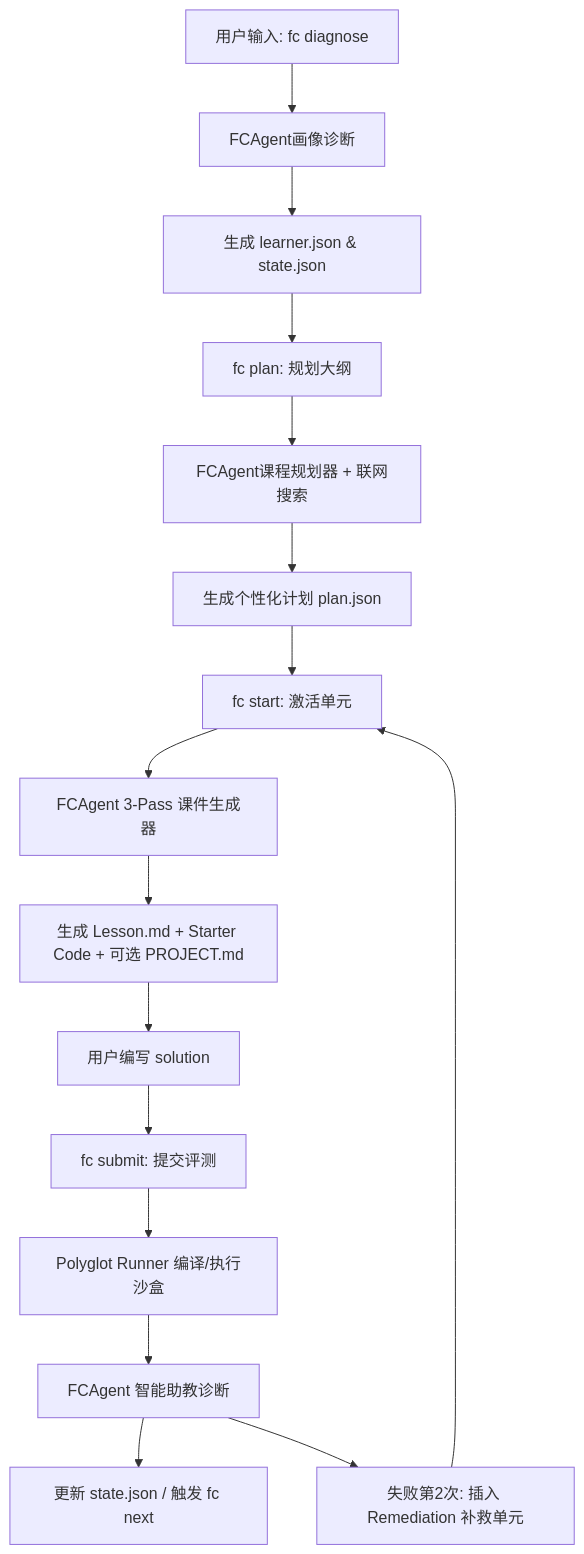
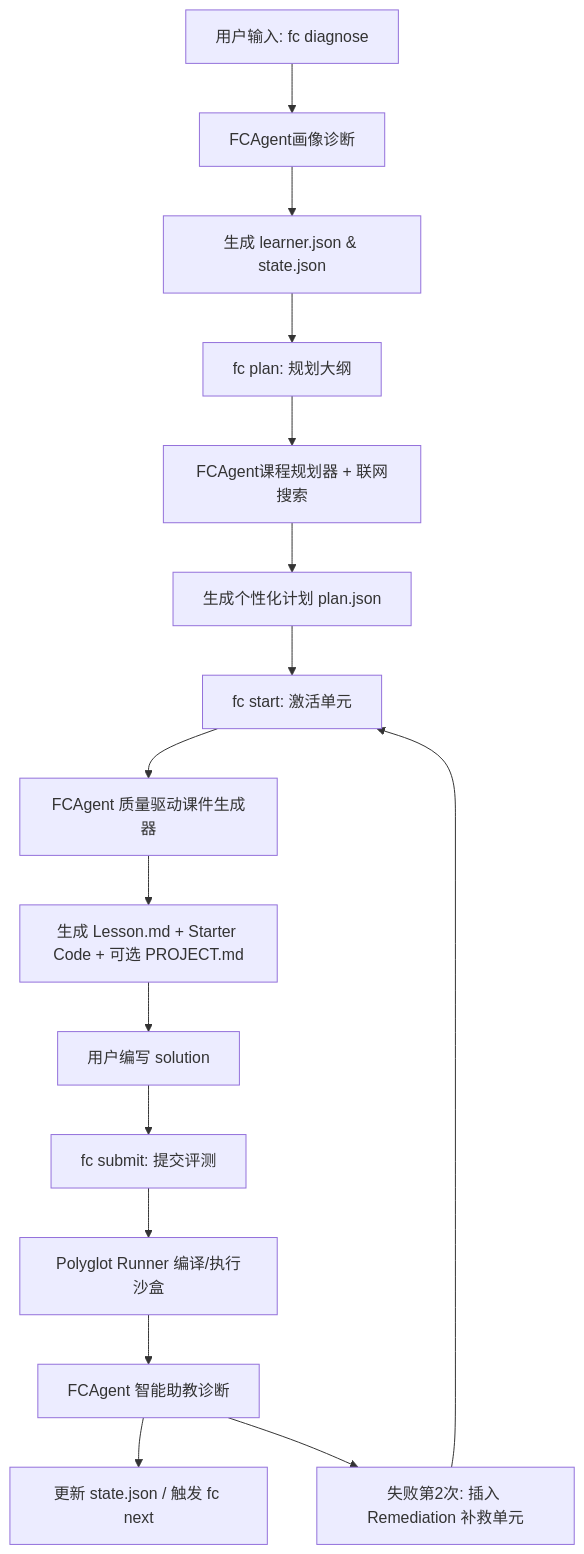
Before and after one commit to idealistichacker/MyAgentProject: the diagram in fcagent_features_detail.md, drawn with Mermaid. The commit also changed other lines of this file and 44 other files, not shown here.

````diff
--- a/fcagent_features_detail.md
+++ b/fcagent_features_detail.md
@@ -11,18 +11,18 @@
 ```mermaid
 graph TD
     A[用户输入: fc diagnose] --> B[FCAgent画像诊断]
     B --> C[生成 learner.json & state.json]
     C --> D[fc plan: 规划大纲]
     D --> E[FCAgent课程规划器 + 联网搜索]
     E --> F[生成个性化计划 plan.json]
     F --> G[fc start: 激活单元]
-    G --> H[FCAgent 3-Pass 课件生成器]
+    G --> H[FCAgent 质量驱动课件生成器]
     H --> I[生成 Lesson.md + Starter Code + 可选 PROJECT.md]
     I --> J[用户编写 solution]
     J --> K[fc submit: 提交评测]
     K --> L[Polyglot Runner 编译/执行沙盒]
     L --> M[FCAgent 智能助教诊断]
     M --> N[更新 state.json / 触发 fc next]
     M --> O[失败第2次: 插入 Remediation 补救单元]
     O --> G
 ```
````
